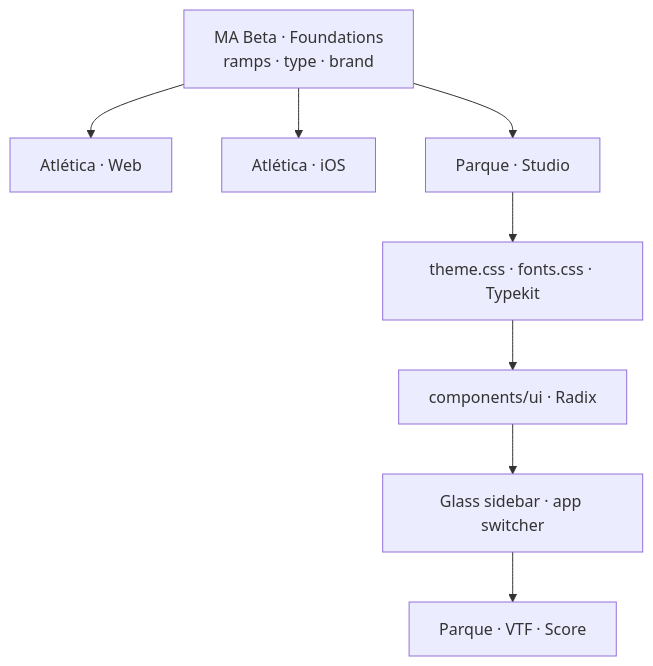
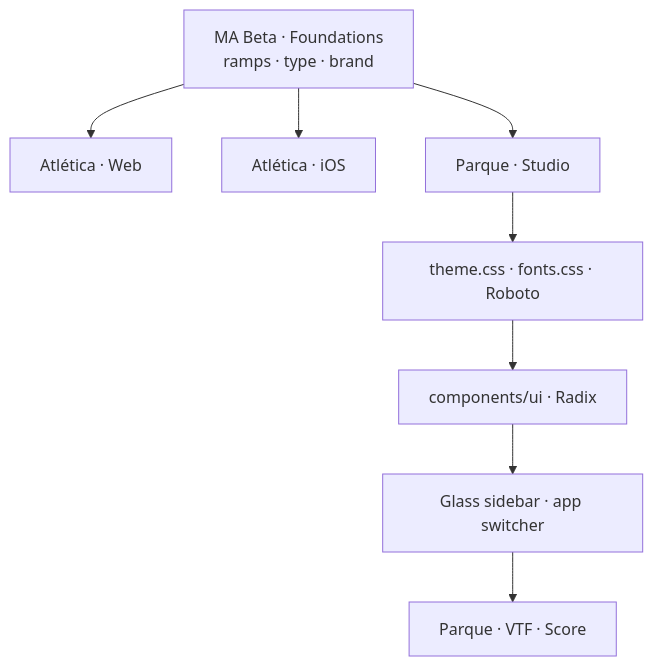
Before and after one commit to treybradley/mova-parque: the sixth of 6 diagrams in README.md, drawn with Mermaid. The commit also changed other lines of this file and 5 other files, not shown here.

````diff
--- a/README.md
+++ b/README.md
@@ -253,10 +253,10 @@
 ```mermaid
 flowchart TB
   FOUND["MA Beta · Foundations<br/>ramps · type · brand"] --> WEB["Atlética · Web"]
   FOUND --> IOS["Atlética · iOS"]
   FOUND --> PQ["Parque · Studio"]
-  PQ --> TOK["theme.css · fonts.css · Typekit"]
+  PQ --> TOK["theme.css · fonts.css · Roboto"]
   TOK --> UI["components/ui · Radix"]
   UI --> SHELL["Glass sidebar · app switcher"]
   SHELL --> APPS["Parque · VTF · Score"]
 ```
````
